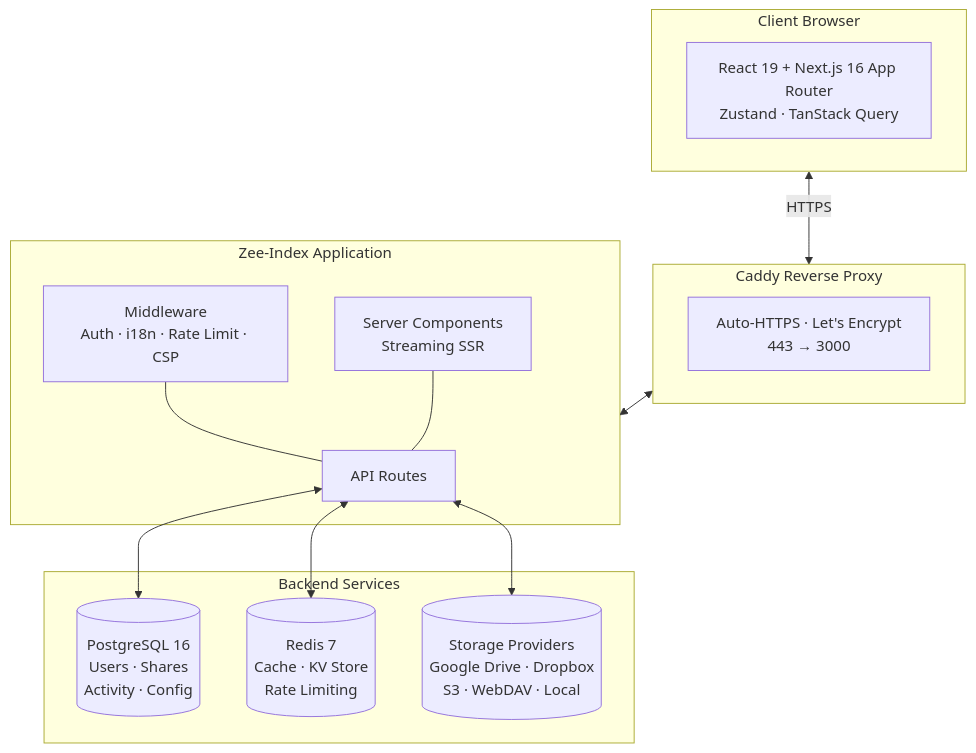
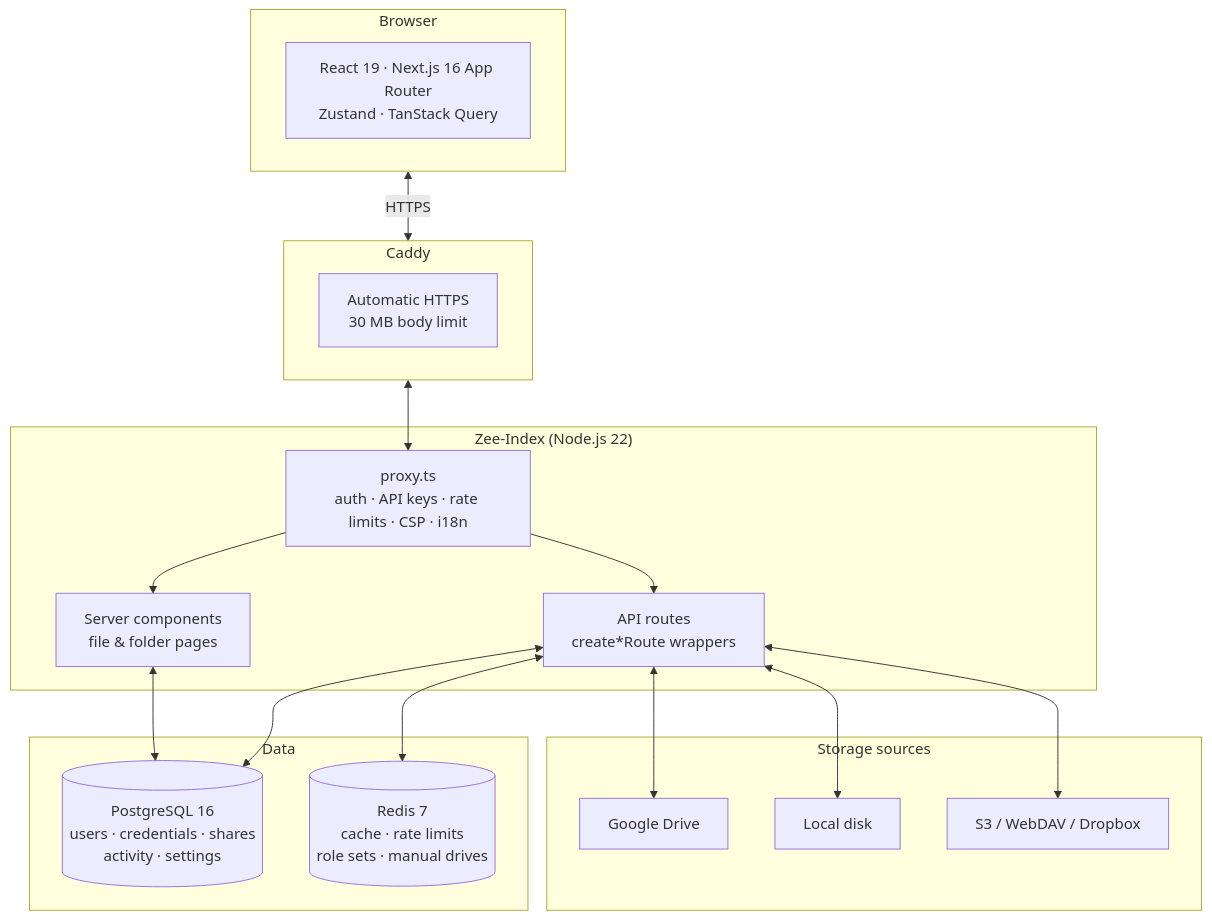
The diagram in data/readmes/ifauzeee__Zee-Index.md (zqf20096327/dbhub_collect), drawn with Mermaid before and after one commit. The commit also changed other lines of this file and 434 other files, not shown here.

````diff
--- a/data/readmes/ifauzeee__Zee-Index.md
+++ b/data/readmes/ifauzeee__Zee-Index.md
@@ -147,30 +186,38 @@
 ```mermaid
 flowchart TB
-    subgraph CLIENT["Client Browser"]
-        A["React 19 + Next.js 16 App Router<br/>Zustand · TanStack Query"]
+    subgraph CLIENT["Browser"]
+        A["React 19 · Next.js 16 App Router<br/>Zustand · TanStack Query"]
     end
 
-    subgraph CADDY["Caddy Reverse Proxy"]
-        B["Auto-HTTPS · Let's Encrypt<br/>443 → 3000"]
+    subgraph EDGE["Caddy"]
+        B["Automatic HTTPS<br/>30 MB body limit"]
     end
 
-    subgraph APP["Zee-Index Application"]
-        C["API Routes"]
-        D["Middleware<br/>Auth · i18n · Rate Limit · CSP"]
-        E["Server Components<br/>Streaming SSR"]
+    subgraph APP["Zee-Index (Node.js 22)"]
+        P["proxy.ts<br/>auth · API keys · rate limits · CSP · i18n"]
+        R["API routes<br/>create*Route wrappers"]
+        S["Server components<br/>file & folder pages"]
     end
 
-    subgraph SERVICES["Backend Services"]
-        F[("PostgreSQL 16<br/>Users · Shares<br/>Activity · Config")]
-        G[("Redis 7<br/>Cache · KV Store<br/>Rate Limiting")]
-        H[("Storage Providers<br/>Google Drive · Dropbox<br/>S3 · WebDAV · Local")]
+    subgraph DATA["Data"]
+        PG[("PostgreSQL 16<br/>users · credentials · shares<br/>activity · settings")]
+        RD[("Redis 7<br/>cache · rate limits<br/>role sets · manual drives")]
     end
 
-    CLIENT <-->|HTTPS| CADDY
-    CADDY <--> APP
-    C <--> F
-    C <--> G
-    C <--> H
-    D --- C
-    E --- C
+    subgraph STORAGE["Storage sources"]
+        GD["Google Drive"]
+        LS["Local disk"]
+        EX["S3 / WebDAV / Dropbox"]
+    end
+
+    CLIENT <-->|HTTPS| EDGE
+    EDGE <--> P
+    P --> R
+    P --> S
+    R <--> PG
+    R <--> RD
+    S <--> PG
+    R <--> GD
+    R <--> LS
+    R <--> EX
 ```
````
